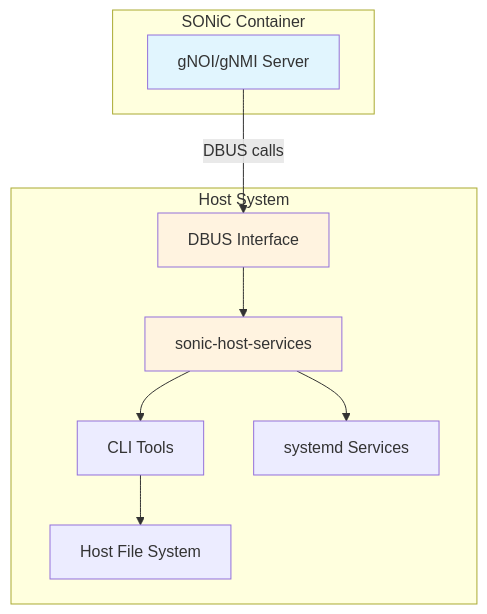
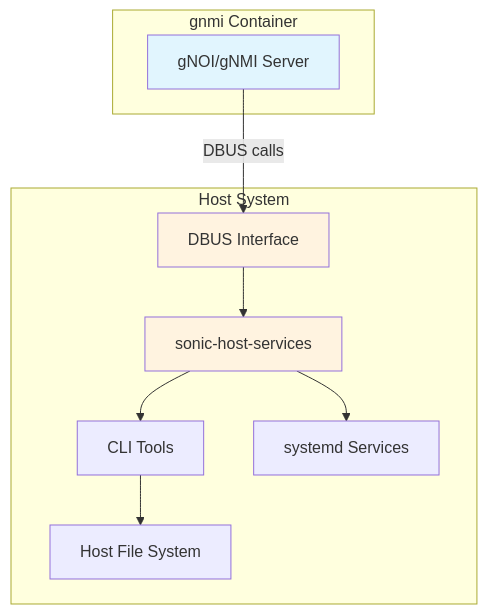
Before and after one commit to sonic-net/SONiC: the third of 7 diagrams in doc/gnoi-gnmi-standalone-upgrade/standalone-gnoi-gnmi-os-upgrade-hld.md, drawn with Mermaid. The commit also changed other lines of this file, not shown here.

First line of the commit message:
Fix component diagrams to show additive architecture approach

````diff
--- a/doc/gnoi-gnmi-standalone-upgrade/standalone-gnoi-gnmi-os-upgrade-hld.md
+++ b/doc/gnoi-gnmi-standalone-upgrade/standalone-gnoi-gnmi-os-upgrade-hld.md
@@ -188,24 +188,24 @@
 ```mermaid
 graph TB
-    subgraph "SONiC Container"
+    subgraph "gnmi Container"
         A[gNOI/gNMI Server]
     end
     
     subgraph "Host System"
         B[sonic-host-services]
         C[DBUS Interface]
         D[CLI Tools]
         E[systemd Services]
         F[Host File System]
     end
     
     A -->|DBUS calls| C
     C --> B
     B --> D
     B --> E
     D --> F
     
     style A fill:#e1f5fe
     style B fill:#fff3e0
     style C fill:#fff3e0
 ```
````
